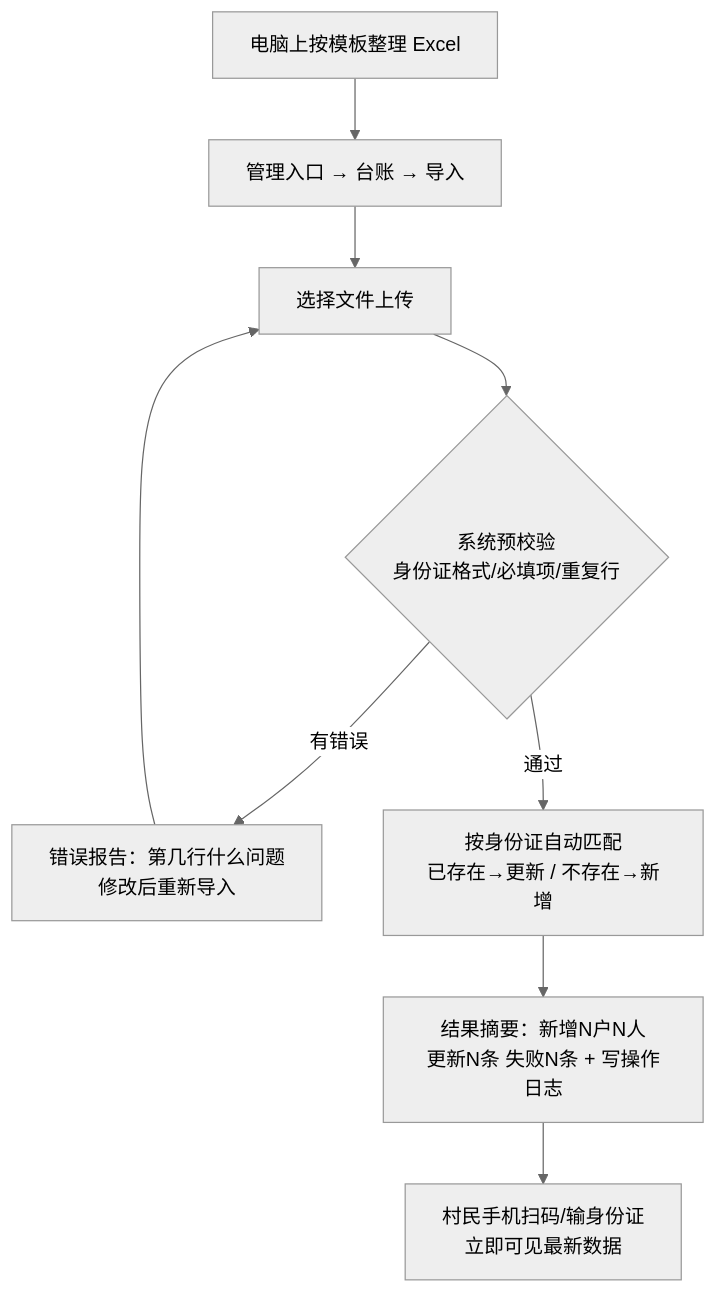
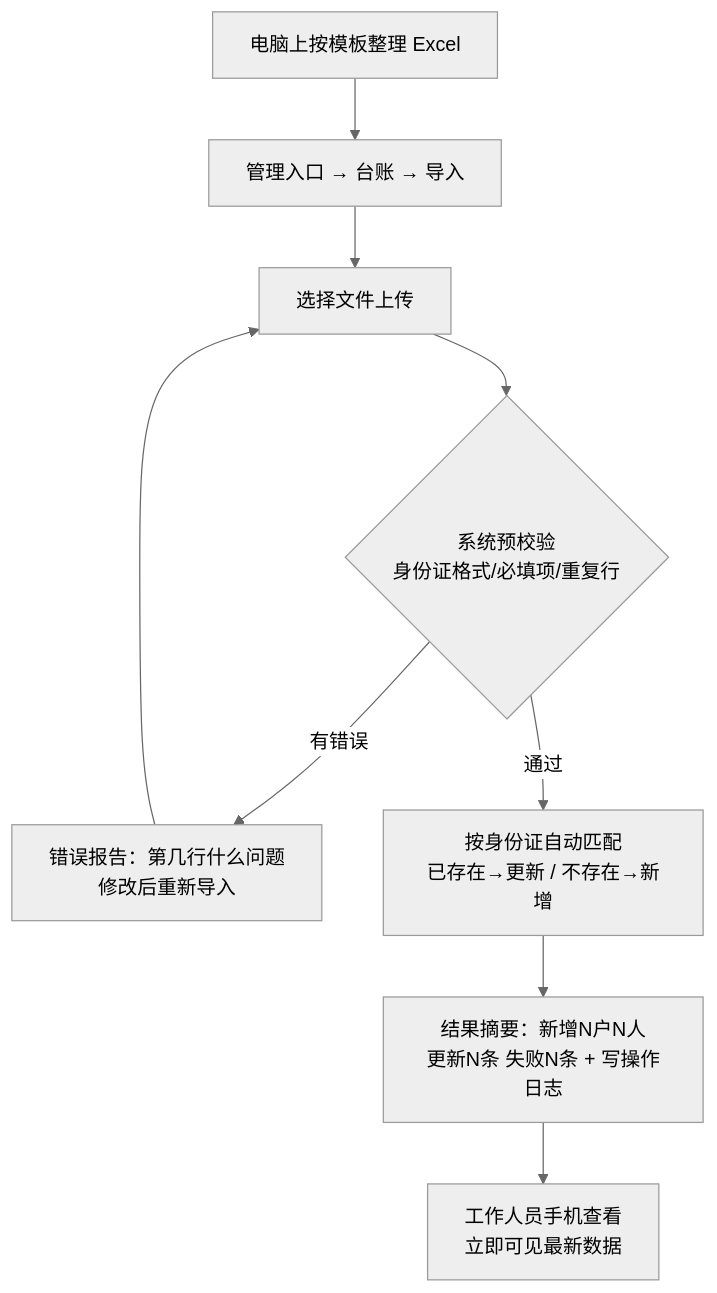
Before and after one commit to jiangyangdadao/village-affairs-system: the third of 6 diagrams in docs/superpowers/specs/2026-09-07-村务管理系统-design.md, drawn with Mermaid (neutral theme). The commit also changed other lines of this file and 4 other files, not shown here.

````diff
--- a/docs/superpowers/specs/2026-09-07-村务管理系统-design.md
+++ b/docs/superpowers/specs/2026-09-07-村务管理系统-design.md
@@ -332,11 +312,11 @@
 ```mermaid
 flowchart TD
     A[电脑上按模板整理 Excel] --> B[管理入口 → 台账 → 导入]
     B --> C[选择文件上传]
     C --> D{系统预校验<br/>身份证格式/必填项/重复行}
     D -- 有错误 --> E[错误报告：第几行什么问题<br/>修改后重新导入]
     E --> C
     D -- 通过 --> F[按身份证自动匹配<br/>已存在→更新 / 不存在→新增]
     F --> G[结果摘要：新增N户N人<br/>更新N条 失败N条 + 写操作日志]
-    G --> H[村民手机扫码/输身份证<br/>立即可见最新数据]
+    G --> H[工作人员手机查看<br/>立即可见最新数据]
 ```
````
